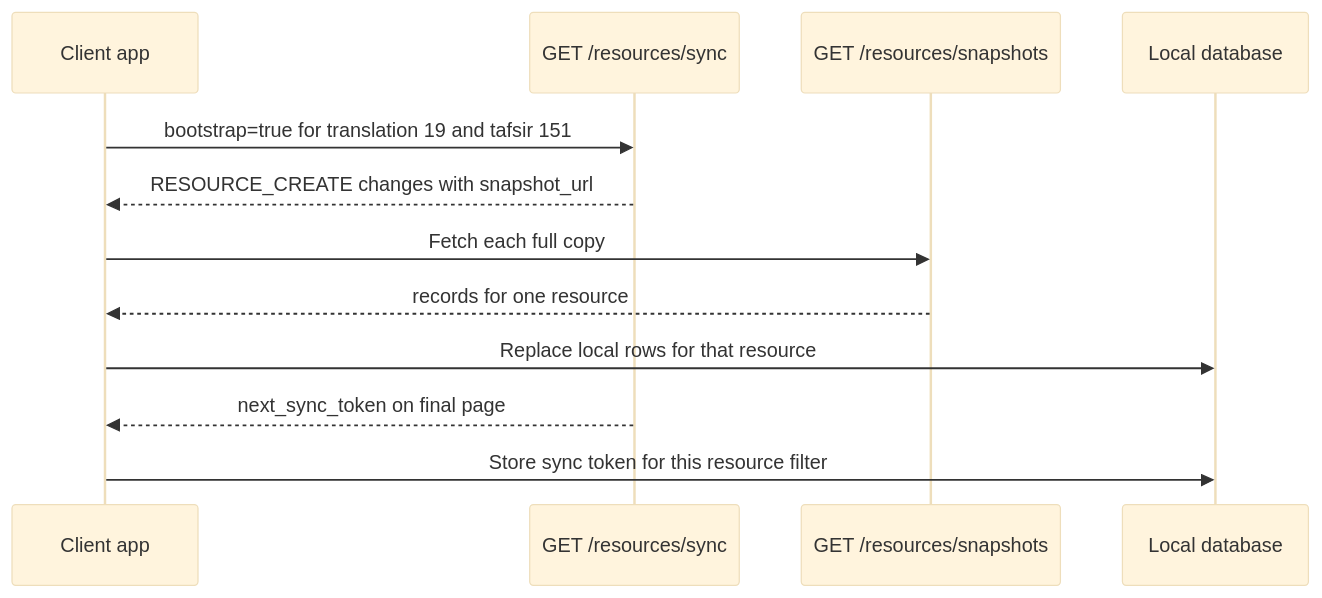
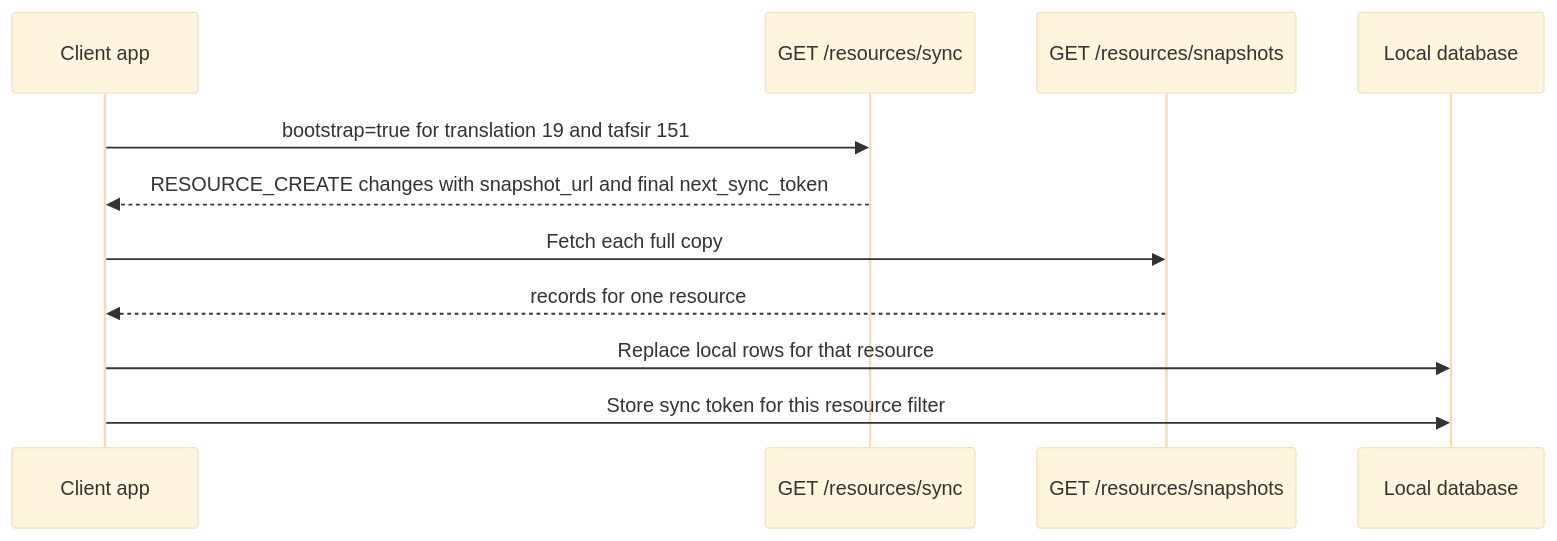
One commit to quran/qf-api-docs changed the first of 2 diagrams in docs/tutorials/content-sync/getting-started.mdx. Above: the diagram before and after it, drawn with Mermaid (base theme). The commit also changed other lines of this file, not shown here.

Commit message:
Clarify content sync tutorial

````diff
--- a/docs/tutorials/content-sync/getting-started.mdx
+++ b/docs/tutorials/content-sync/getting-started.mdx
@@ -45,15 +48,14 @@
 ```mermaid
 sequenceDiagram
     participant App as Client app
     participant Sync as GET /resources/sync
     participant Snapshot as GET /resources/snapshots
     participant DB as Local database
 
     App->>Sync: bootstrap=true for translation 19 and tafsir 151
-    Sync-->>App: RESOURCE_CREATE changes with snapshot_url
+    Sync-->>App: RESOURCE_CREATE changes with snapshot_url and final next_sync_token
     App->>Snapshot: Fetch each full copy
     Snapshot-->>App: records for one resource
     App->>DB: Replace local rows for that resource
-    Sync-->>App: next_sync_token on final page
     App->>DB: Store sync token for this resource filter
 ```
````
